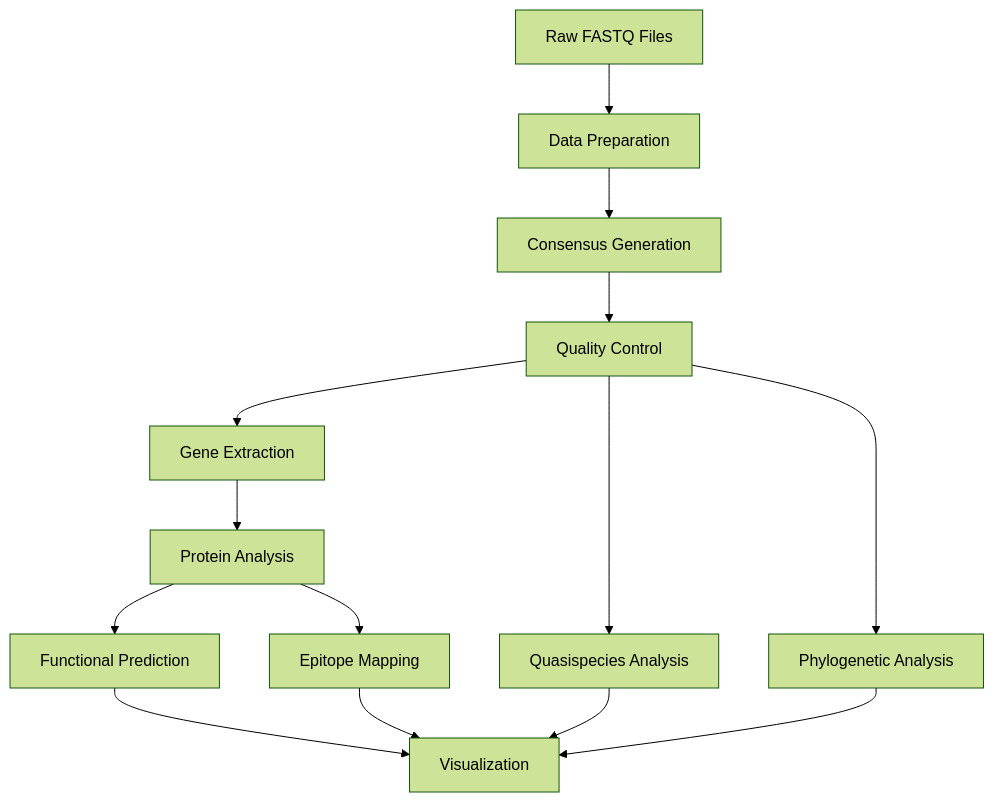
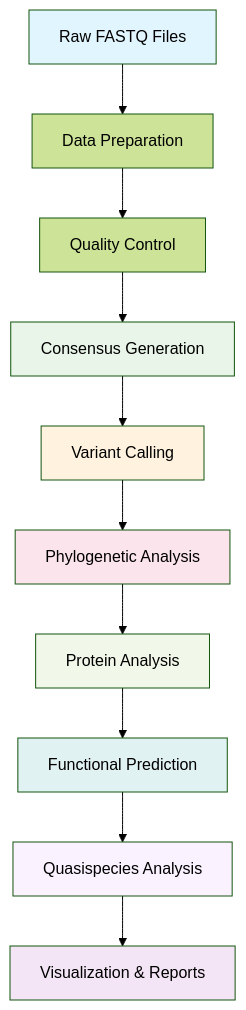
The diagram in README.md (BelaProfile/Genotype-Specific-Insights-of-HBV), drawn with Mermaid (forest theme) before and after one commit. The commit also changed other lines of this file, not shown here.

````diff
--- a/README.md
+++ b/README.md
@@ -113,16 +95,21 @@
 ```mermaid
 graph TD
     A[Raw FASTQ Files] --> B[Data Preparation]
-    B --> C[Consensus Generation]
-    C --> D[Quality Control]
-    D --> E[Phylogenetic Analysis]
-    D --> F[Gene Extraction]
+    B --> C[Quality Control]
+    C --> D[Consensus Generation]
+    D --> E[Variant Calling]
+    E --> F[Phylogenetic Analysis]
     F --> G[Protein Analysis]
     G --> H[Functional Prediction]
-    G --> I[Epitope Mapping]
-    D --> J[Quasispecies Analysis]
-    H --> K[Visualization]
-    I --> K
-    J --> K
-    E --> K
+    H --> I[Quasispecies Analysis]
+    I --> J[Visualization & Reports]
+    
+    style A fill:#e1f5fe
+    style J fill:#f3e5f5
+    style D fill:#e8f5e8
+    style E fill:#fff3e0
+    style F fill:#fce4ec
+    style G fill:#f1f8e9
+    style H fill:#e0f2f1
+    style I fill:#faf2ff
 ```
````
